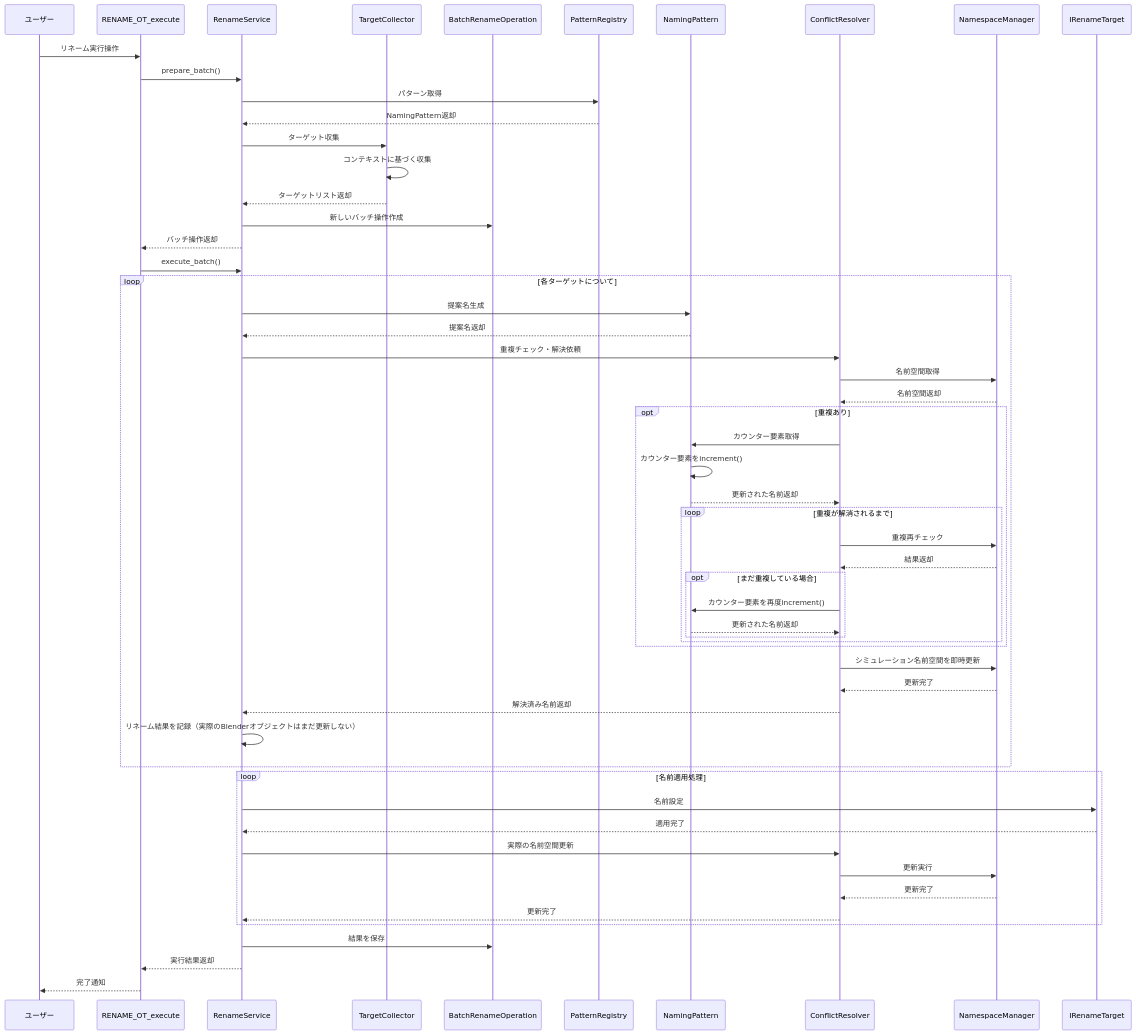
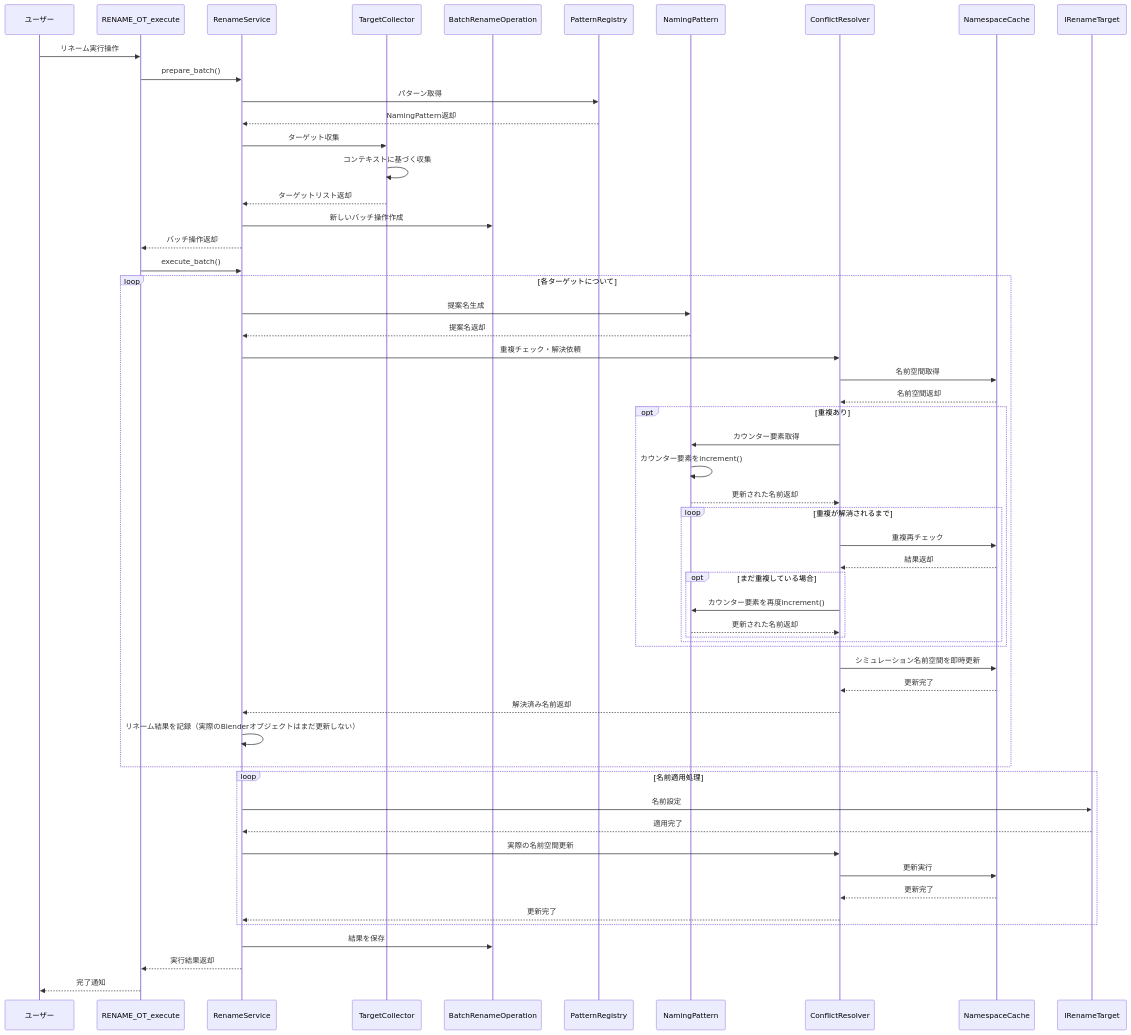
One commit to Pluglug/modular-renamer changed the diagram in design_notes/sequential_rename_flow.mmd. Above: the diagram before and after it, drawn with Mermaid. The commit also changed 13 other files, not shown here.

```diff
--- a/design_notes/sequential_rename_flow.mmd
+++ b/design_notes/sequential_rename_flow.mmd
@@ -1,81 +1,81 @@
 ---
 config:
   layout: elk
   theme: default
   dagre:
     ranksep: 100
     nodesep: 100
     edgesep: 10
     direction: LR
 ---
 
 sequenceDiagram
     participant ユーザー
     participant RENAME_OT_execute
     participant RenameService
     participant TargetCollector
     participant BatchRenameOperation
     participant PatternRegistry
     participant NamingPattern
     participant ConflictResolver
-    participant NamespaceManager
+    participant NamespaceCache
     
     ユーザー->>RENAME_OT_execute: リネーム実行操作
     RENAME_OT_execute->>RenameService: prepare_batch()
     
     RenameService->>PatternRegistry: パターン取得
     PatternRegistry-->>RenameService: NamingPattern返却
     
     RenameService->>TargetCollector: ターゲット収集
     TargetCollector->>TargetCollector: コンテキストに基づく収集
     TargetCollector-->>RenameService: ターゲットリスト返却
     
     RenameService->>BatchRenameOperation: 新しいバッチ操作作成
     RenameService-->>RENAME_OT_execute: バッチ操作返却
     
     RENAME_OT_execute->>RenameService: execute_batch()
     
     loop 各ターゲットについて
         RenameService->>NamingPattern: 提案名生成
         NamingPattern-->>RenameService: 提案名返却
         
         RenameService->>ConflictResolver: 重複チェック・解決依頼
-        ConflictResolver->>NamespaceManager: 名前空間取得
-        NamespaceManager-->>ConflictResolver: 名前空間返却
+        ConflictResolver->>NamespaceCache: 名前空間取得
+        NamespaceCache-->>ConflictResolver: 名前空間返却
         
         opt 重複あり
             ConflictResolver->>NamingPattern: カウンター要素取得
             NamingPattern->>NamingPattern: カウンター要素をincrement()
             NamingPattern-->>ConflictResolver: 更新された名前返却
             
             loop 重複が解消されるまで
-                ConflictResolver->>NamespaceManager: 重複再チェック
-                NamespaceManager-->>ConflictResolver: 結果返却
+                ConflictResolver->>NamespaceCache: 重複再チェック
+                NamespaceCache-->>ConflictResolver: 結果返却
                 
                 opt まだ重複している場合
                     ConflictResolver->>NamingPattern: カウンター要素を再度increment()
                     NamingPattern-->>ConflictResolver: 更新された名前返却
                 end
             end
         end
         
-        ConflictResolver->>NamespaceManager: シミュレーション名前空間を即時更新
-        NamespaceManager-->>ConflictResolver: 更新完了
+        ConflictResolver->>NamespaceCache: シミュレーション名前空間を即時更新
+        NamespaceCache-->>ConflictResolver: 更新完了
         ConflictResolver-->>RenameService: 解決済み名前返却
         
         RenameService->>RenameService: リネーム結果を記録（実際のBlenderオブジェクトはまだ更新しない）
     end
     
     loop 名前適用処理
         RenameService->>IRenameTarget: 名前設定
         IRenameTarget-->>RenameService: 適用完了
         
         RenameService->>ConflictResolver: 実際の名前空間更新
-        ConflictResolver->>NamespaceManager: 更新実行
-        NamespaceManager-->>ConflictResolver: 更新完了
+        ConflictResolver->>NamespaceCache: 更新実行
+        NamespaceCache-->>ConflictResolver: 更新完了
         ConflictResolver-->>RenameService: 更新完了
     end
     
     RenameService->>BatchRenameOperation: 結果を保存
     RenameService-->>RENAME_OT_execute: 実行結果返却
     RENAME_OT_execute-->>ユーザー: 完了通知
```
